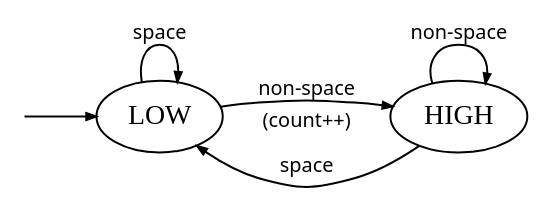
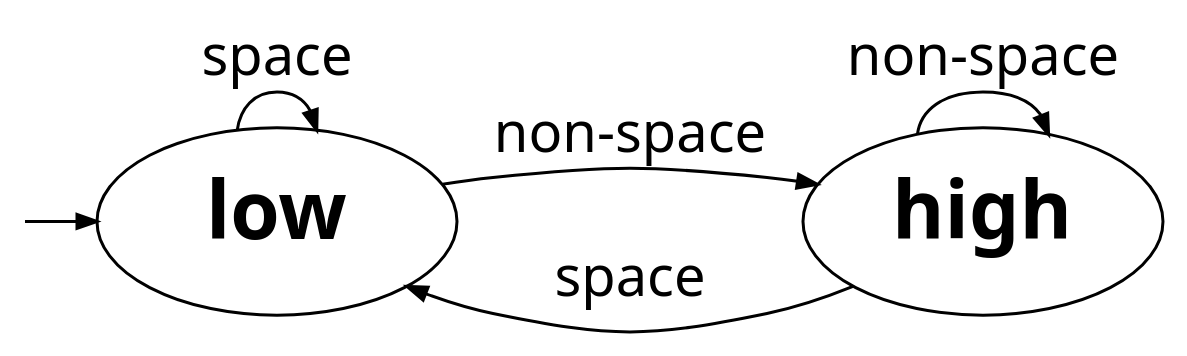
Before and after one commit to skeeto/skeeto.github.com: the diagram in img/diagram/wordcount.dot, drawn with Graphviz. The commit also changed 9 other files, not shown here.

Commit message:
Use SVG graphics for all diagrams

```diff
--- a/img/diagram/wordcount.dot
+++ b/img/diagram/wordcount.dot
@@ -1,11 +1,13 @@
 digraph {
-    graph [fontname="Noto Sans", rankdir=LR];
-    node [fontname="Noto Sans Bold", shape=oval];
-    edge [fontname="Noto Sans", arrowsize=0.5, fontsize=10];
-    LOW  -> HIGH [label="non-space"];
-    LOW  -> LOW  [label="space"];
-    HIGH -> LOW  [label="(count++)\n\nspace"];
-    HIGH -> HIGH [label="non-space"];
-    root [style="invis", shape=point, width=0];
-    root:e -> LOW:w;
+    graph [rankdir=LR];
+    node [fontname="sans" fontsize=40 width=2.5 margin=0.15 shape=oval penwidth=1.5];
+    edge [fontname="sans" fontsize=28 penwidth=1.5];
+    low [label=<<b>low</b>>]
+    high [label=<<b>high</b>>]
+    low  -> high [label="non-space"];
+    low  -> low  [label="space"];
+    high -> low  [label="\nspace"];
+    high -> high [label="non-space"];
+    root [style="invis" shape=point width=0];
+    root:e -> low:w;
 }
```
